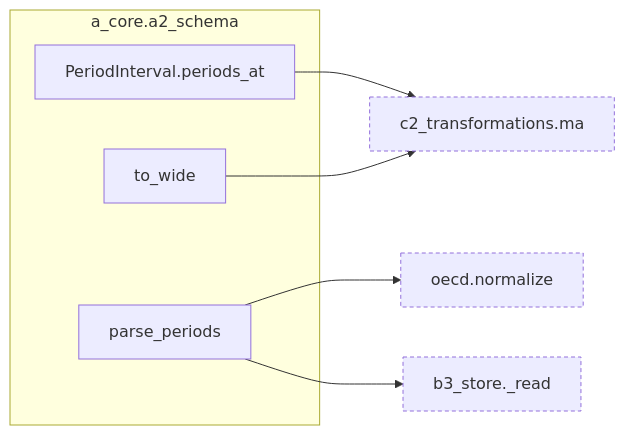
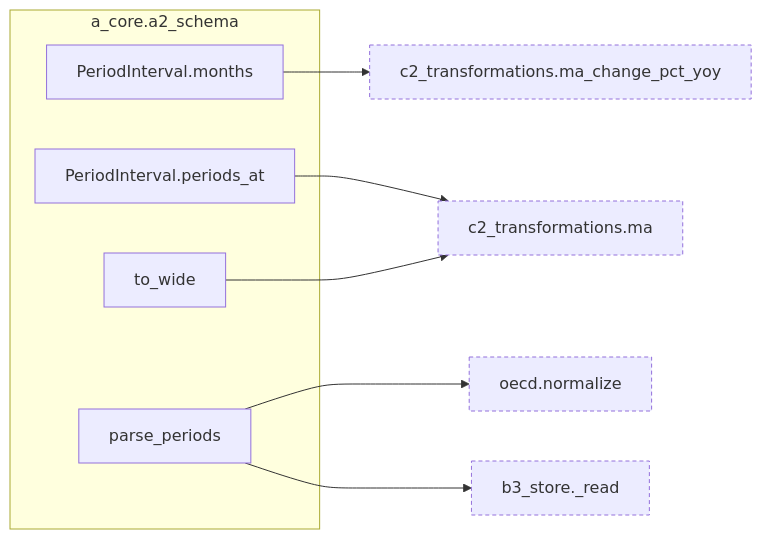
One commit to bsawyerg15/MacroScan changed the fourth of 15 diagrams in docs/architecture.md. Above: the diagram before and after it, drawn with Mermaid. The commit also changed other lines of this file and 8 other files, not shown here.

````diff
--- a/docs/architecture.md
+++ b/docs/architecture.md
@@ -366,22 +352,27 @@
 ```mermaid
 flowchart LR
   subgraph this["a_core.a2_schema"]
+    n_a_core_a2_schema_PeriodInterval_months["PeriodInterval.months"]
     n_a_core_a2_schema_PeriodInterval_periods_at["PeriodInterval.periods_at"]
     n_a_core_a2_schema_parse_periods["parse_periods"]
     n_a_core_a2_schema_to_wide["to_wide"]
   end
   n_b_ingest_b1_sources_oecd_normalize["oecd.normalize"]:::ext
   n_b_ingest_b3_store__read["b3_store._read"]:::ext
   n_c_transform_c2_transformations_ma["c2_transformations.ma"]:::ext
+  n_c_transform_c2_transformations_ma_change_pct_yoy["c2_transformations.ma_change_pct_yoy"]:::ext
   n_a_core_a2_schema_parse_periods --> n_b_ingest_b1_sources_oecd_normalize
   n_a_core_a2_schema_parse_periods --> n_b_ingest_b3_store__read
   n_a_core_a2_schema_PeriodInterval_periods_at --> n_c_transform_c2_transformations_ma
   n_a_core_a2_schema_to_wide --> n_c_transform_c2_transformations_ma
+  n_a_core_a2_schema_PeriodInterval_months --> n_c_transform_c2_transformations_ma_change_pct_yoy
+  click n_a_core_a2_schema_PeriodInterval_months href "#fn-a_core-a2_schema-PeriodInterval.months"
   click n_a_core_a2_schema_PeriodInterval_periods_at href "#fn-a_core-a2_schema-PeriodInterval.periods_at"
   click n_a_core_a2_schema_parse_periods href "#fn-a_core-a2_schema-parse_periods"
   click n_a_core_a2_schema_to_wide href "#fn-a_core-a2_schema-to_wide"
   click n_b_ingest_b1_sources_oecd_normalize href "#fn-b_ingest-b1_sources-oecd-normalize"
   click n_b_ingest_b3_store__read href "#fn-b_ingest-b3_store-_read"
   click n_c_transform_c2_transformations_ma href "#fn-c_transform-c2_transformations-ma"
+  click n_c_transform_c2_transformations_ma_change_pct_yoy href "#fn-c_transform-c2_transformations-ma_change_pct_yoy"
   classDef ext stroke-dasharray: 4 3
 ```
````
